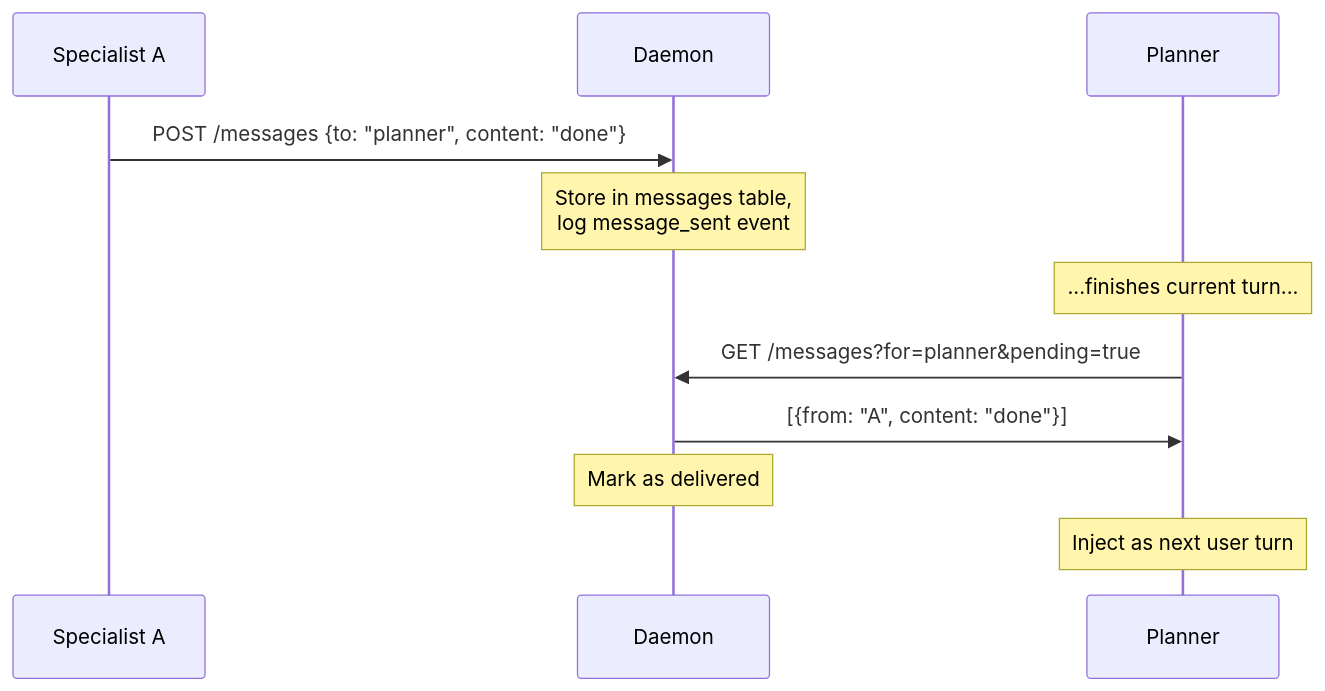
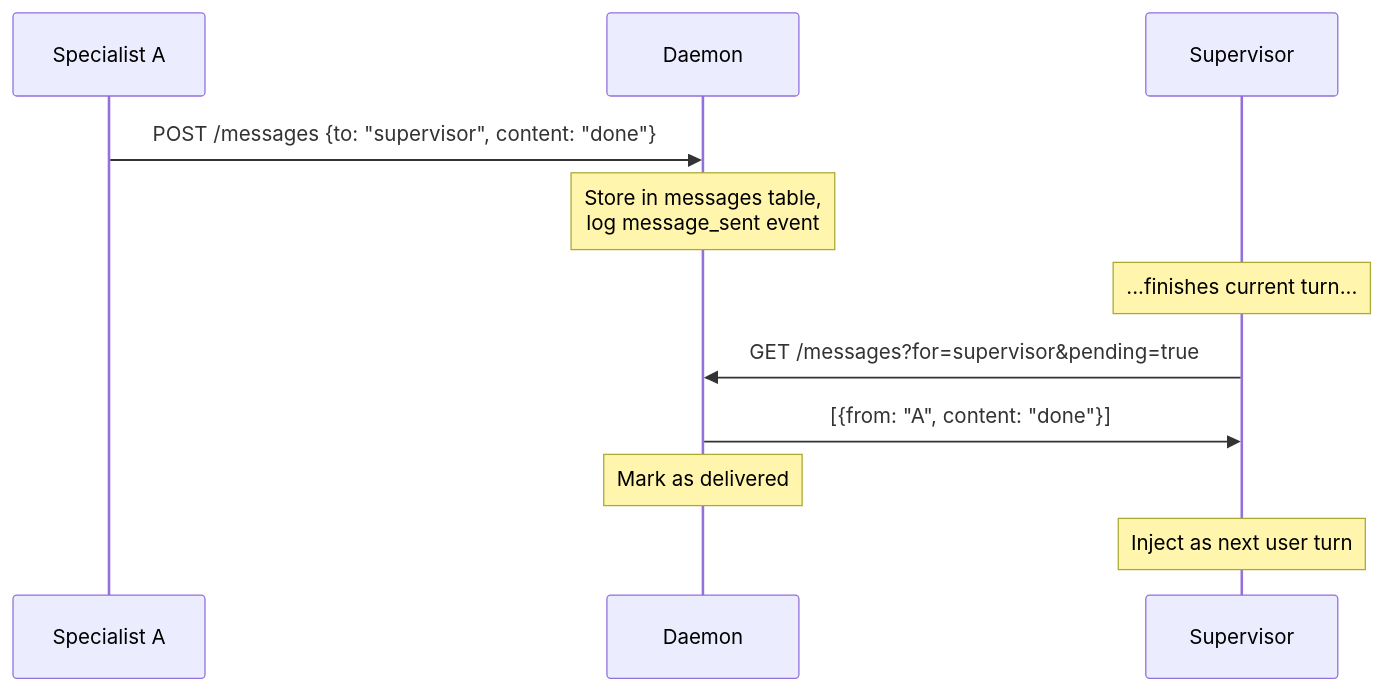
Before and after one commit to donovan-yohan/belayer: the third of 11 diagrams in docs/AGENT_ARCHITECTURE.md, drawn with Mermaid. The commit also changed other lines of this file and 2 other files, not shown here.

First line of the commit message:
docs: update architecture docs and prompts for supervisor rename and tool gating

````diff
--- a/docs/AGENT_ARCHITECTURE.md
+++ b/docs/AGENT_ARCHITECTURE.md
@@ -130,14 +130,14 @@
 ```mermaid
 sequenceDiagram
     participant A as Specialist A
     participant D as Daemon
-    participant P as Planner
+    participant P as Supervisor
 
-    A->>D: POST /messages {to: "planner", content: "done"}
+    A->>D: POST /messages {to: "supervisor", content: "done"}
     Note over D: Store in messages table,<br/>log message_sent event
     Note over P: ...finishes current turn...
-    P->>D: GET /messages?for=planner&pending=true
+    P->>D: GET /messages?for=supervisor&pending=true
     D->>P: [{from: "A", content: "done"}]
     Note over D: Mark as delivered
     Note over P: Inject as next user turn
 ```
````
